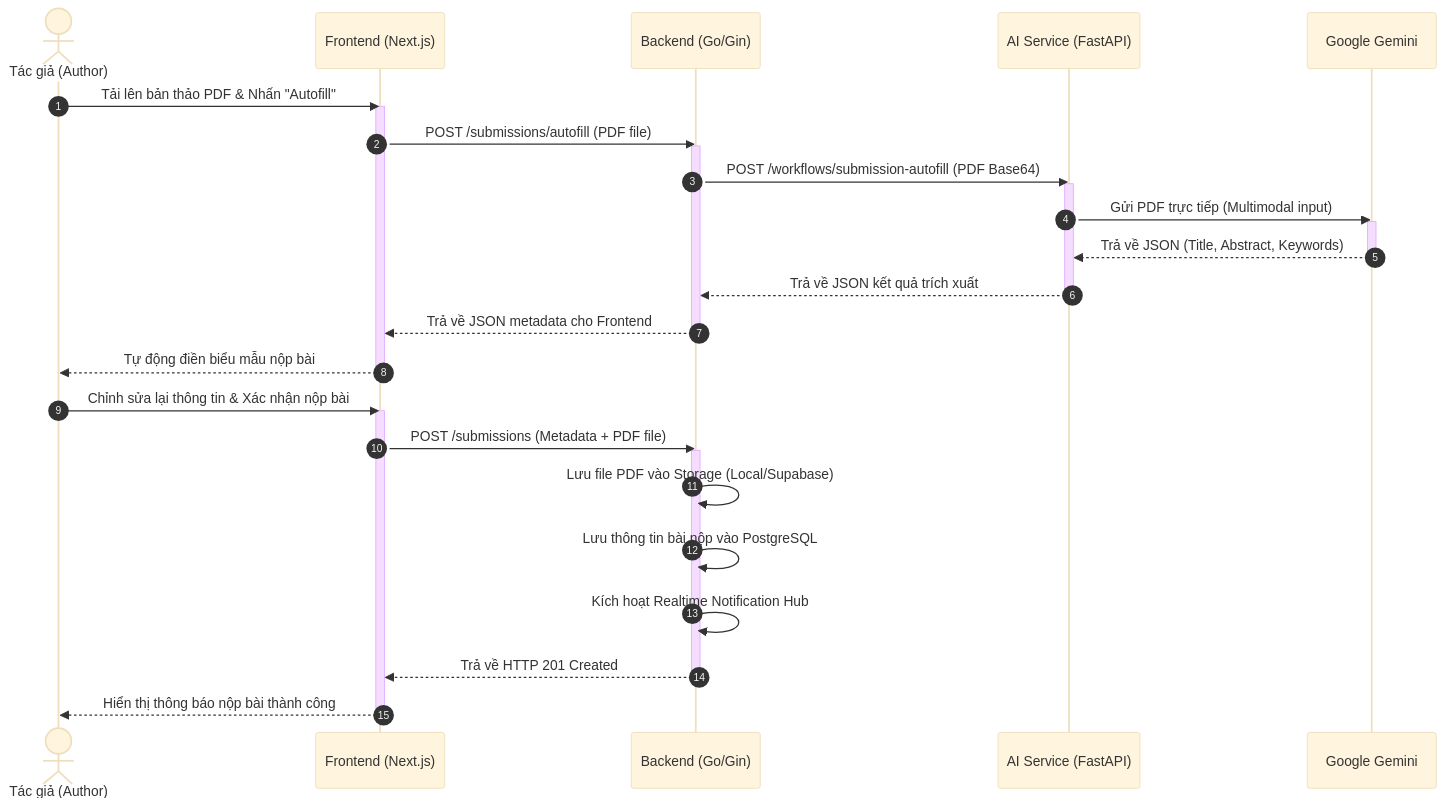
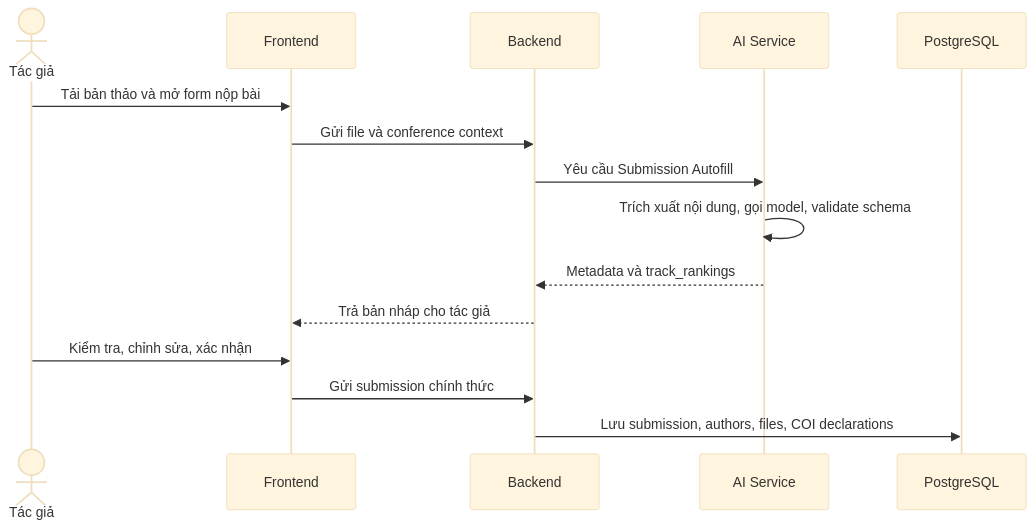
Before and after one commit to 5CLCsCan/ConferenceSpace: the tenth of 13 diagrams in docs/report/compiled/final_combined/03-xay-dung-he-thong.md, drawn with Mermaid (base theme). The commit also changed other lines of this file and 2 other files, not shown here.

````diff
--- a/docs/report/compiled/final_combined/03-xay-dung-he-thong.md
+++ b/docs/report/compiled/final_combined/03-xay-dung-he-thong.md
@@ -432,38 +304,18 @@
 ```mermaid
 sequenceDiagram
-    autonumber
-    actor Author as Tác giả (Author)
-    participant Front as Frontend (Next.js)
-    participant BE as Backend (Go/Gin)
-    participant AI as AI Service (FastAPI)
-    participant Gemini as Google Gemini
+    actor Author as Tác giả
+    participant FE as Frontend
+    participant BE as Backend
+    participant AI as AI Service
+    participant DB as PostgreSQL
 
-    Author->>Front: Tải lên bản thảo PDF & Nhấn "Autofill"
-    activate Front
-    Front->>BE: POST /submissions/autofill (PDF file)
-    activate BE
-    BE->>AI: POST /workflows/submission-autofill (PDF Base64)
-    activate AI
-    AI->>Gemini: Gửi PDF trực tiếp (Multimodal input)
-    activate Gemini
-    Gemini-->>AI: Trả về JSON (Title, Abstract, Keywords)
-    deactivate Gemini
-    AI-->>BE: Trả về JSON kết quả trích xuất
-    deactivate AI
-    BE-->>Front: Trả về JSON metadata cho Frontend
-    deactivate BE
-    Front-->>Author: Tự động điền biểu mẫu nộp bài
-    deactivate Front
-    
-    Author->>Front: Chỉnh sửa lại thông tin & Xác nhận nộp bài
-    activate Front
-    Front->>BE: POST /submissions (Metadata + PDF file)
-    activate BE
-    BE->>BE: Lưu file PDF vào Storage (Local/Supabase)
-    BE->>BE: Lưu thông tin bài nộp vào PostgreSQL
-    BE->>BE: Kích hoạt Realtime Notification Hub
-    BE-->>Front: Trả về HTTP 201 Created
-    deactivate BE
-    Front-->>Author: Hiển thị thông báo nộp bài thành công
-    deactivate Front
+    Author->>FE: Tải bản thảo và mở form nộp bài
+    FE->>BE: Gửi file và conference context
+    BE->>AI: Yêu cầu Submission Autofill
+    AI->>AI: Trích xuất nội dung, gọi model, validate schema
+    AI-->>BE: Metadata và track_rankings
+    BE-->>FE: Trả bản nháp cho tác giả
+    Author->>FE: Kiểm tra, chỉnh sửa, xác nhận
+    FE->>BE: Gửi submission chính thức
+    BE->>DB: Lưu submission, authors, files, COI declarations
 ```
````
